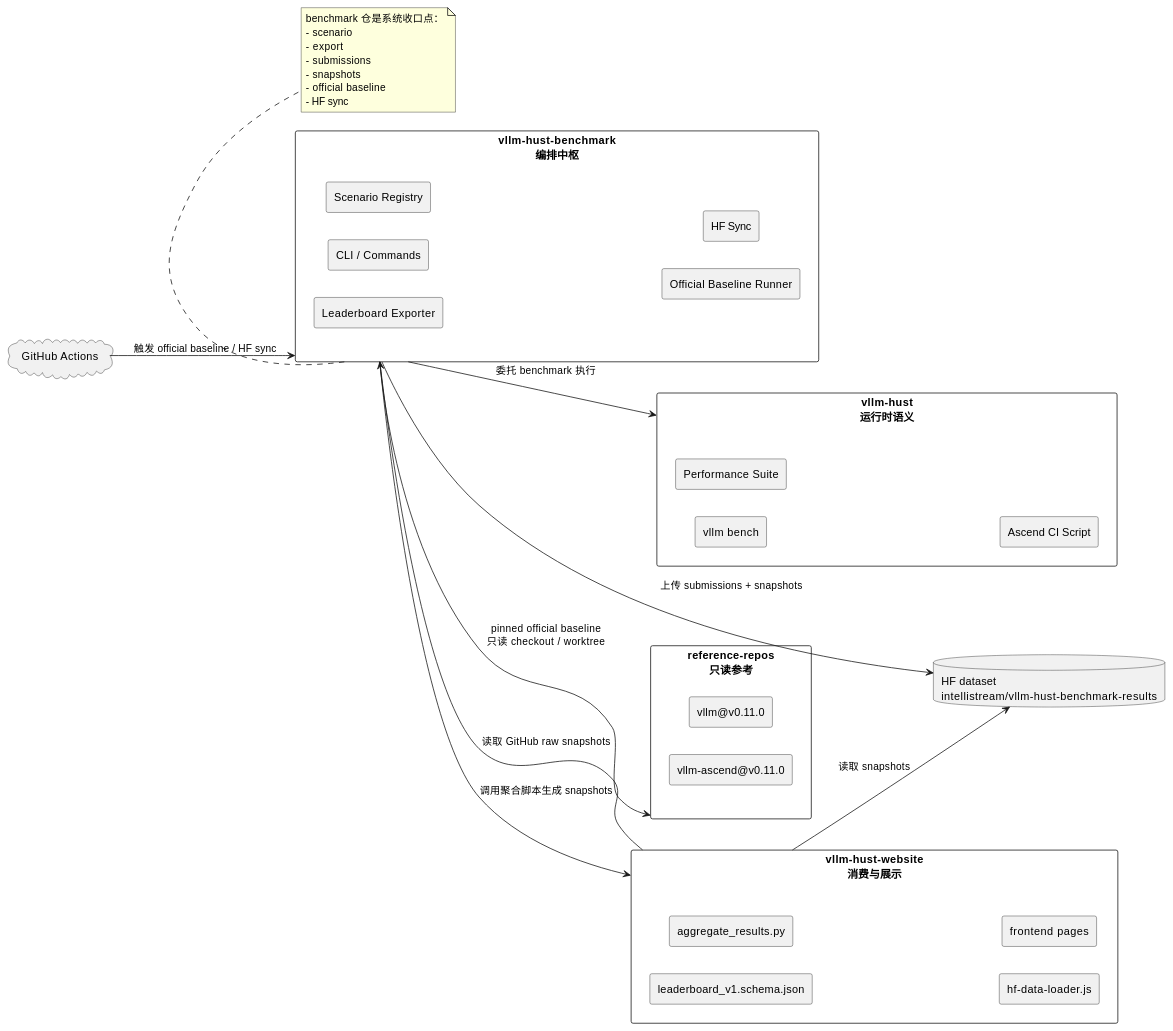
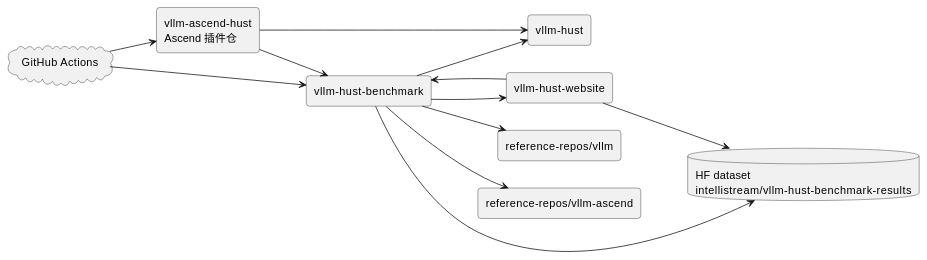
One commit to vLLM-HUST/vllm-hust-benchmark changed the first of 6 diagrams in docs/LEADERBOARD_HANDOFF.md. Above: the diagram before and after it, drawn with PlantUML. The commit also changed other lines of this file and 3 other files, not shown here.

First line of the commit message:
docs: add leaderboard handoff benchmark appendices

````diff
--- a/docs/LEADERBOARD_HANDOFF.md
+++ b/docs/LEADERBOARD_HANDOFF.md
@@ -66,54 +68,29 @@
 ```plantuml
 @startuml
 left to right direction
-skinparam packageStyle rectangle
-skinparam componentStyle rectangle
-
-package "vllm-hust-benchmark\n编排中枢" as BENCH {
-  [CLI / Commands]
-  [Scenario Registry]
-  [Leaderboard Exporter]
-  [Official Baseline Runner]
-  [HF Sync]
+skinparam rectangle {
+  RoundCorner 8
 }
 
-package "vllm-hust\n运行时语义" as HUST {
-  [vllm bench]
-  [Performance Suite]
-  [Ascend CI Script]
-}
-
-package "reference-repos\n只读参考" as REF {
-  [vllm@v0.11.0]
-  [vllm-ascend@v0.11.0]
-}
-
-package "vllm-hust-website\n消费与展示" as WEB {
-  [leaderboard_v1.schema.json]
-  [aggregate_results.py]
-  [hf-data-loader.js]
-  [frontend pages]
-}
-
+rectangle "vllm-hust-benchmark" as BENCH
+rectangle "vllm-hust" as HUST
+rectangle "vllm-ascend-hust\nAscend 插件仓" as ASCEND
+rectangle "vllm-hust-website" as WEB
+rectangle "reference-repos/vllm" as REF_VLLM
+rectangle "reference-repos/vllm-ascend" as REF_ASCEND
 cloud "GitHub Actions" as GHA
 database "HF dataset\nintellistream/vllm-hust-benchmark-results" as HF
 
-BENCH --> HUST : 委托 benchmark 执行
-BENCH --> REF : pinned official baseline\n只读 checkout / worktree
-BENCH --> WEB : 调用聚合脚本生成 snapshots
-GHA --> BENCH : 触发 official baseline / HF sync
-BENCH --> HF : 上传 submissions + snapshots
-WEB --> HF : 读取 snapshots
-WEB --> BENCH : 读取 GitHub raw snapshots
-
-note bottom of BENCH
-benchmark 仓是系统收口点：
-- scenario
-- export
-- submissions
-- snapshots
-- official baseline
-- HF sync
-end note
+GHA --> BENCH
+GHA --> ASCEND
+BENCH --> HUST
+ASCEND --> HUST
+ASCEND --> BENCH
+BENCH --> REF_VLLM
+BENCH --> REF_ASCEND
+BENCH --> WEB
+BENCH --> HF
+WEB --> BENCH
+WEB --> HF
 @enduml
 ```
````
